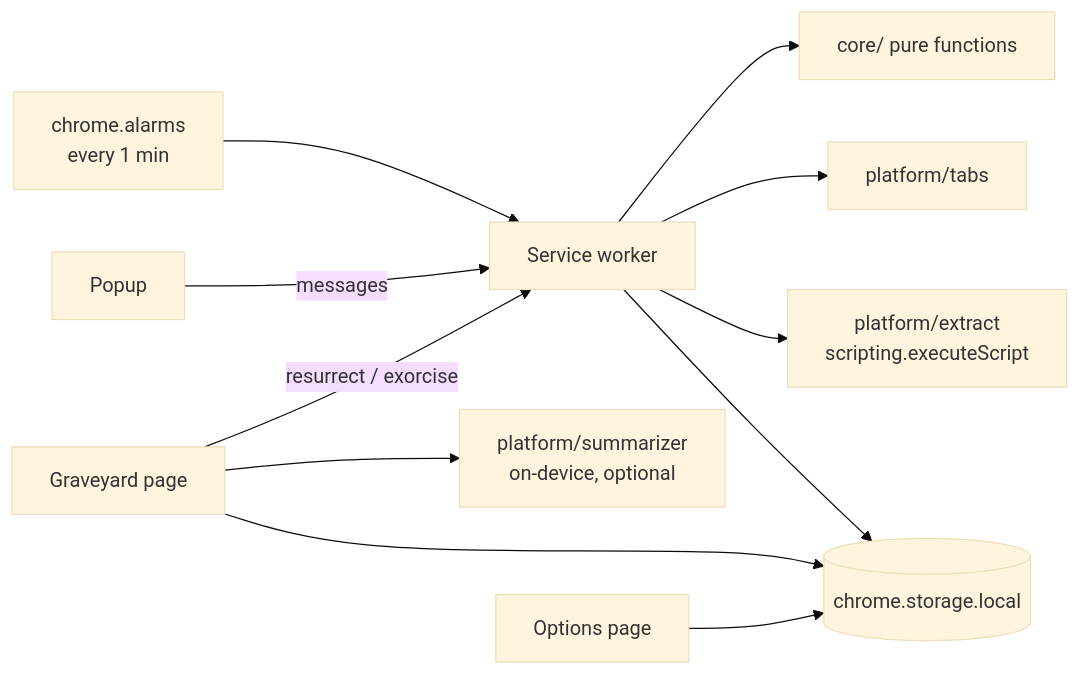
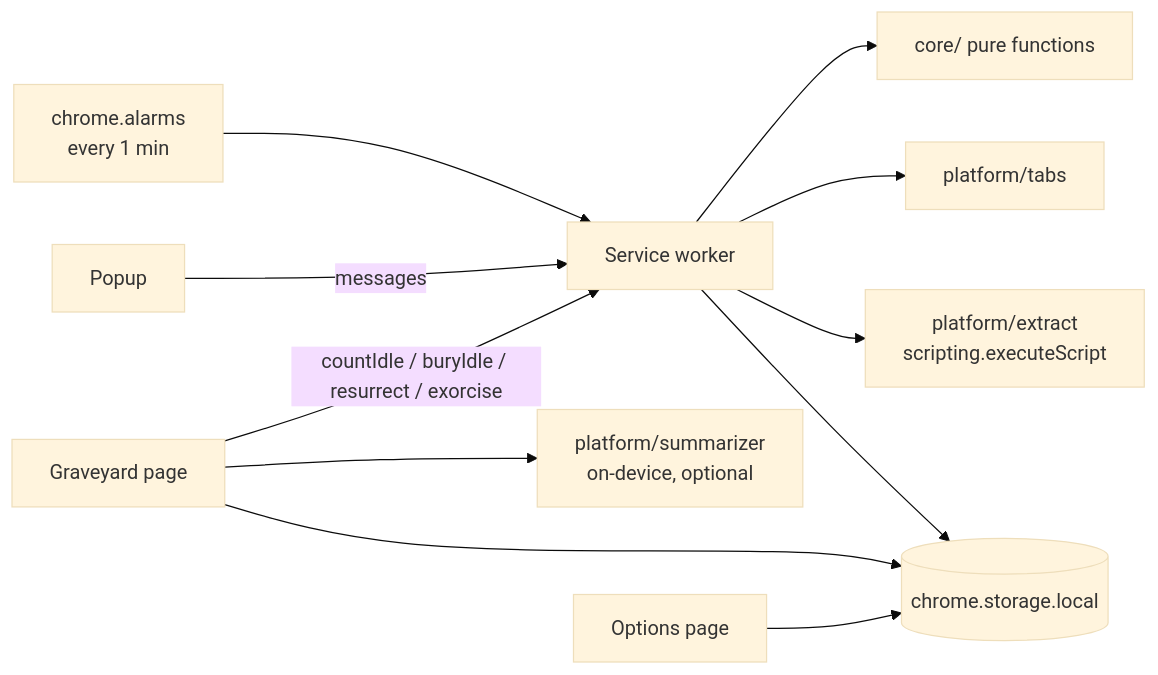
One commit to imansetia/rest-in-tabs changed the diagram in .kiro/specs/rest-in-tabs/design.md. Above: the diagram before and after it, drawn with Mermaid (base theme). The commit also changed other lines of this file and 3 other files, not shown here.

````diff
--- a/.kiro/specs/rest-in-tabs/design.md
+++ b/.kiro/specs/rest-in-tabs/design.md
@@ -14,13 +14,13 @@
 ```mermaid
 flowchart LR
   A[chrome.alarms<br/>every 1 min] --> SW[Service worker]
   P[Popup] -- messages --> SW
   SW --> C[core/ pure functions]
   SW --> T[platform/tabs]
   SW --> X[platform/extract<br/>scripting.executeScript]
   SW --> S[(chrome.storage.local)]
   G[Graveyard page] --> S
-  G -- resurrect / exorcise --> SW
+  G -- countIdle / buryIdle / resurrect / exorcise --> SW
   G --> AI[platform/summarizer<br/>on-device, optional]
   O[Options page] --> S
 ```
````
